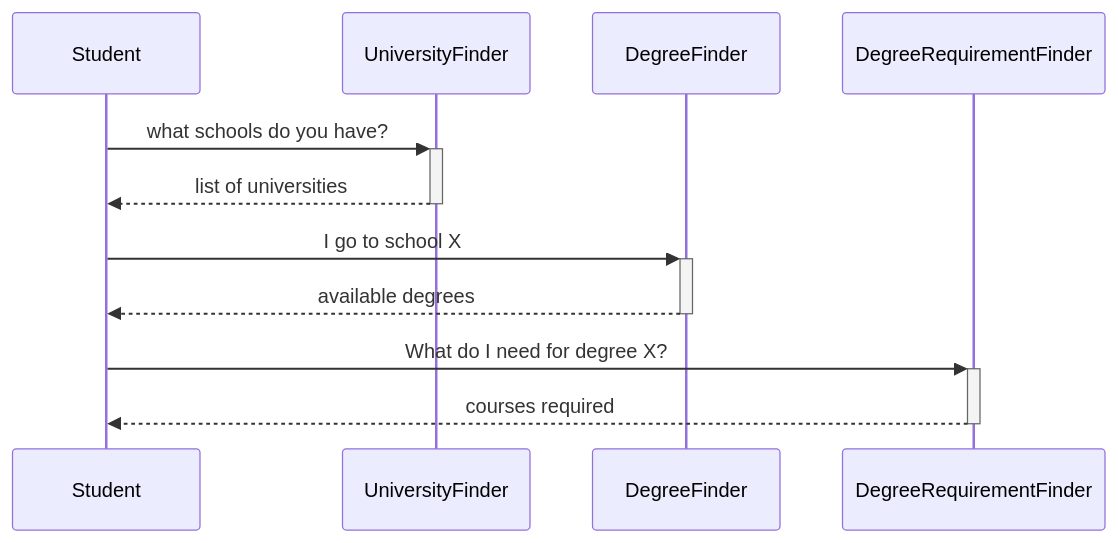
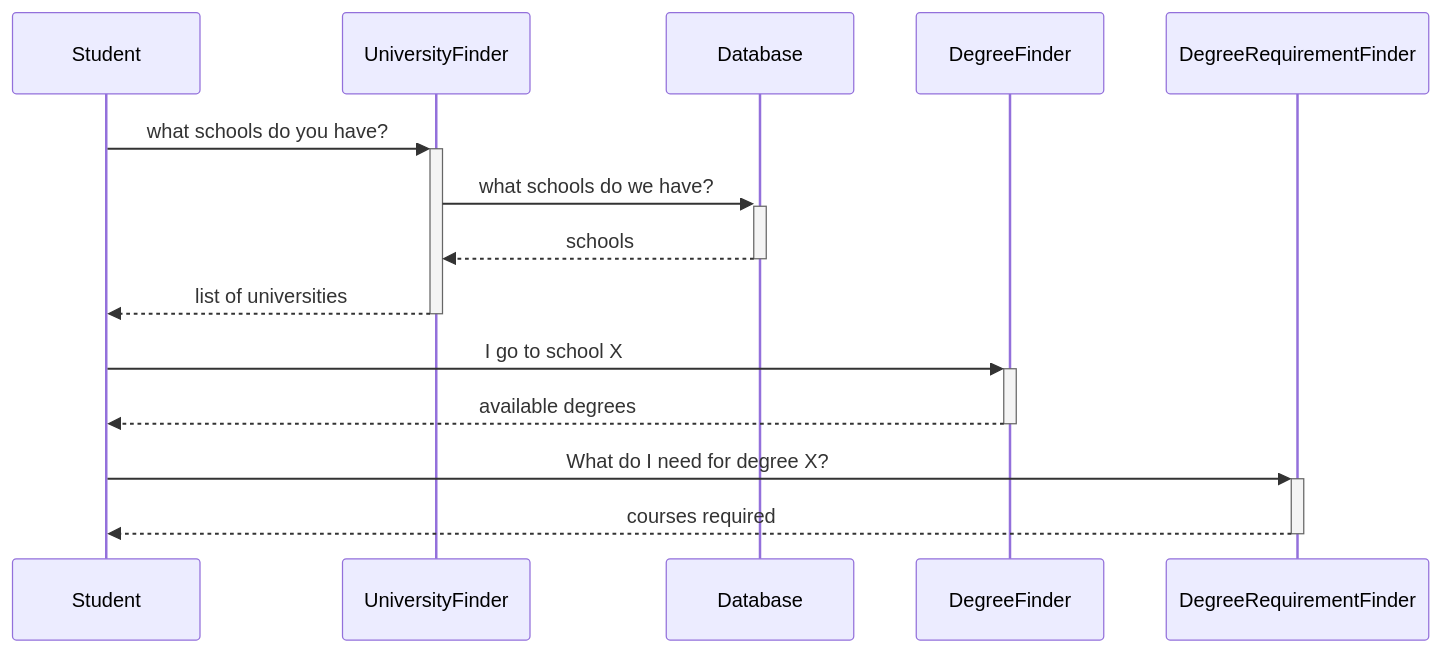
One commit to uni-cs-se/cs-plan-of-study changed the diagram in notebooks/berns_notebook.md. Above: the diagram before and after it, drawn with Mermaid. The commit also changed other lines of this file, not shown here.

````diff
--- a/notebooks/berns_notebook.md
+++ b/notebooks/berns_notebook.md
@@ -10,11 +35,13 @@
 ```mermaid
 sequenceDiagram
     Student->>+UniversityFinder: what schools do you have?
+    UniversityFinder->>+Database: what schools do we have?
+    Database-->>-UniversityFinder: schools
     UniversityFinder-->>-Student: list of universities
 
     Student->>+DegreeFinder: I go to school X
     DegreeFinder-->>-Student: available degrees
 
     Student->>+DegreeRequirementFinder: What do I need for degree X?
     DegreeRequirementFinder-->>-Student: courses required
 ```
````
